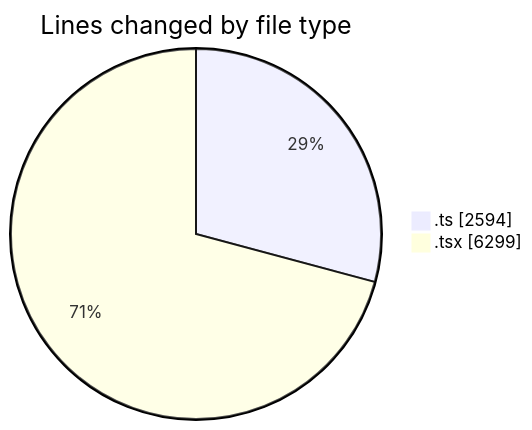
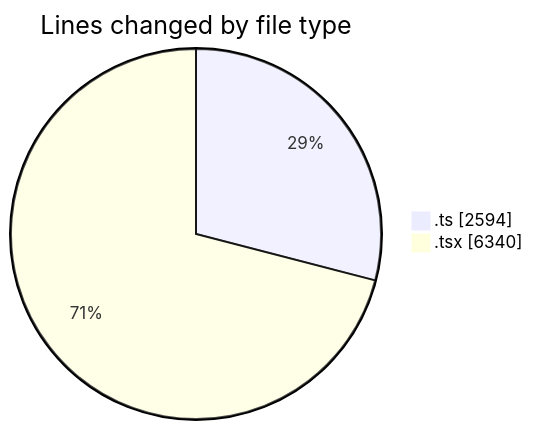
The first of 2 diagrams in 2025-07-01/cda/README.md (momahboobian/code-tracking), drawn with Mermaid before and after one commit. The commit also changed other lines of this file and 1 other file, not shown here.

````diff
--- a/2025-07-01/cda/README.md
+++ b/2025-07-01/cda/README.md
@@ -44,6 +44,6 @@
 ```mermaid
 pie showData
 title Lines changed by file type
 ".ts" : 2594
-".tsx" : 6299
+".tsx" : 6340
 ```
````
